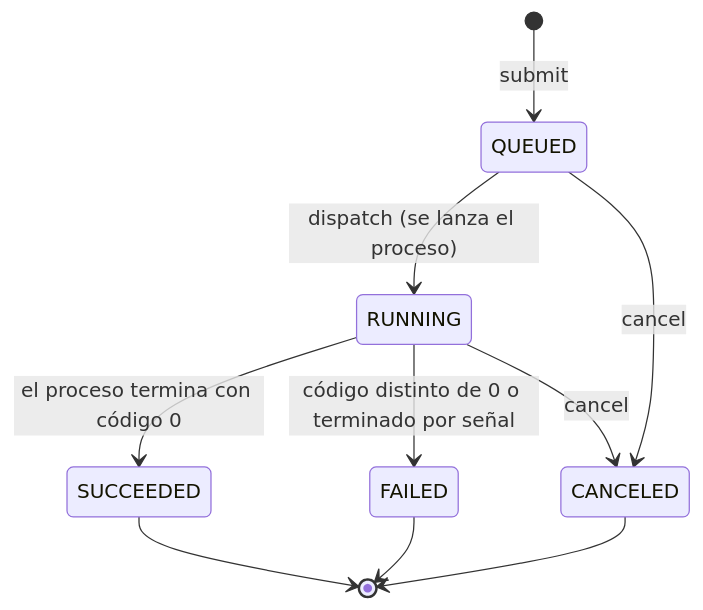
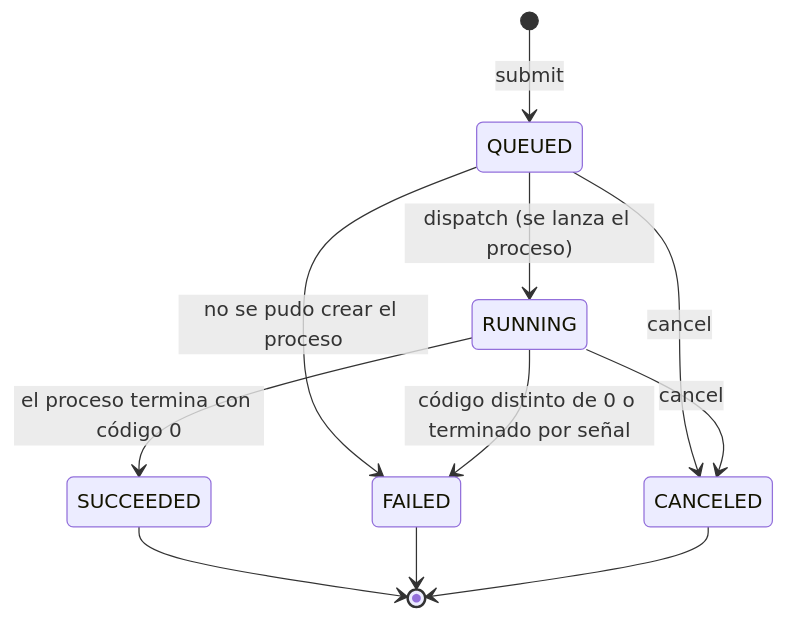
The diagram in docs/technical-guide/modelo-de-estados.md (albertgatez/JobRunner), drawn with Mermaid before and after one commit. The commit also changed other lines of this file and 40 other files, not shown here.

````diff
--- a/docs/technical-guide/modelo-de-estados.md
+++ b/docs/technical-guide/modelo-de-estados.md
@@ -18,12 +18,13 @@
 ```mermaid
 stateDiagram-v2
     [*] --> QUEUED: submit
     QUEUED --> RUNNING: dispatch (se lanza el proceso)
     QUEUED --> CANCELED: cancel
+    QUEUED --> FAILED: no se pudo crear el proceso
     RUNNING --> SUCCEEDED: el proceso termina con código 0
     RUNNING --> FAILED: código distinto de 0 o terminado por señal
     RUNNING --> CANCELED: cancel
     SUCCEEDED --> [*]
     FAILED --> [*]
     CANCELED --> [*]
 ```
````
